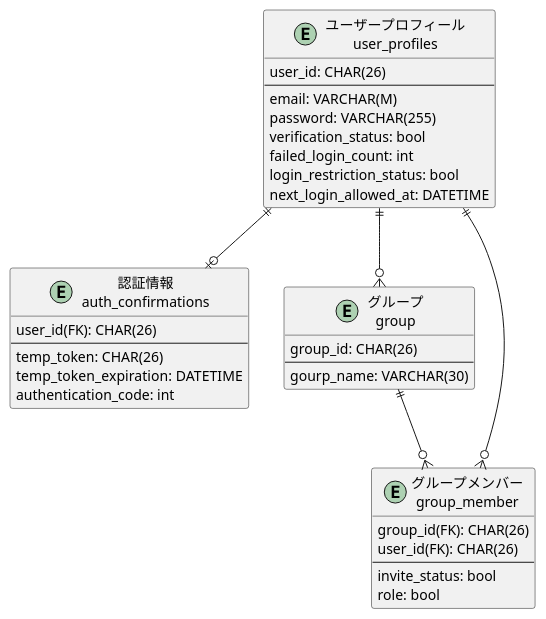
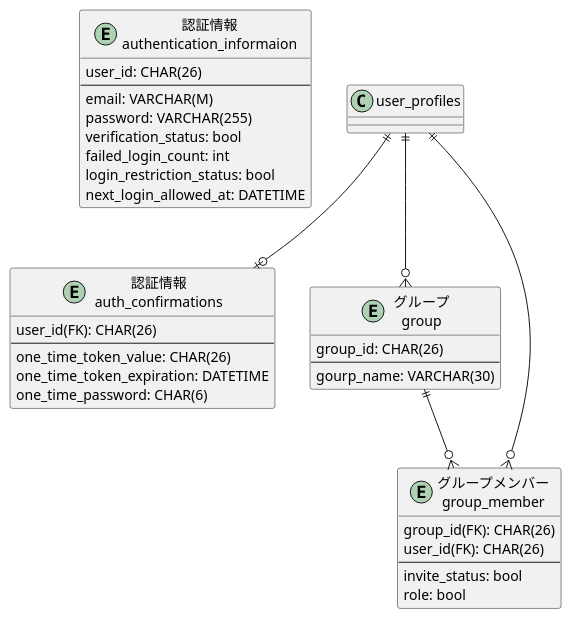
Before and after one commit to h-maki2/identityAccess: the diagram in modelingDiagram/ERDiagram/identityManagement.pu, drawn with PlantUML.

Commit message:
ER図を修正

```diff
--- a/modelingDiagram/ERDiagram/identityManagement.pu
+++ b/modelingDiagram/ERDiagram/identityManagement.pu
@@ -1,41 +1,41 @@
 @startuml identityManagement
 
-entity "ユーザープロフィール\nuser_profiles" as user_profiles {
+entity "認証情報\nauthentication_informaion" as authentication_informaion {
     user_id: CHAR(26)
     --
     email: VARCHAR(M)
     password: VARCHAR(255)
     verification_status: bool
     failed_login_count: int
     login_restriction_status: bool
     next_login_allowed_at: DATETIME
 }
 
 entity "認証情報\nauth_confirmations" as auth_confirmations {
     user_id(FK): CHAR(26)
     --
-    temp_token: CHAR(26)
-    temp_token_expiration: DATETIME
-    authentication_code: int
+    one_time_token_value: CHAR(26)
+    one_time_token_expiration: DATETIME
+    one_time_password: CHAR(6)
 }
 
 entity "グループ\ngroup" as group {
     group_id: CHAR(26)
     --
     gourp_name: VARCHAR(30)
 }
 
 entity "グループメンバー\ngroup_member" as group_member {
     group_id(FK): CHAR(26)
     user_id(FK): CHAR(26)
     --
     invite_status: bool
     role: bool
 }
 
 user_profiles ||--o| auth_confirmations
 user_profiles ||--o{ group
 group ||--o{ group_member
 user_profiles ||--o{ group_member
 
 @enduml
```
